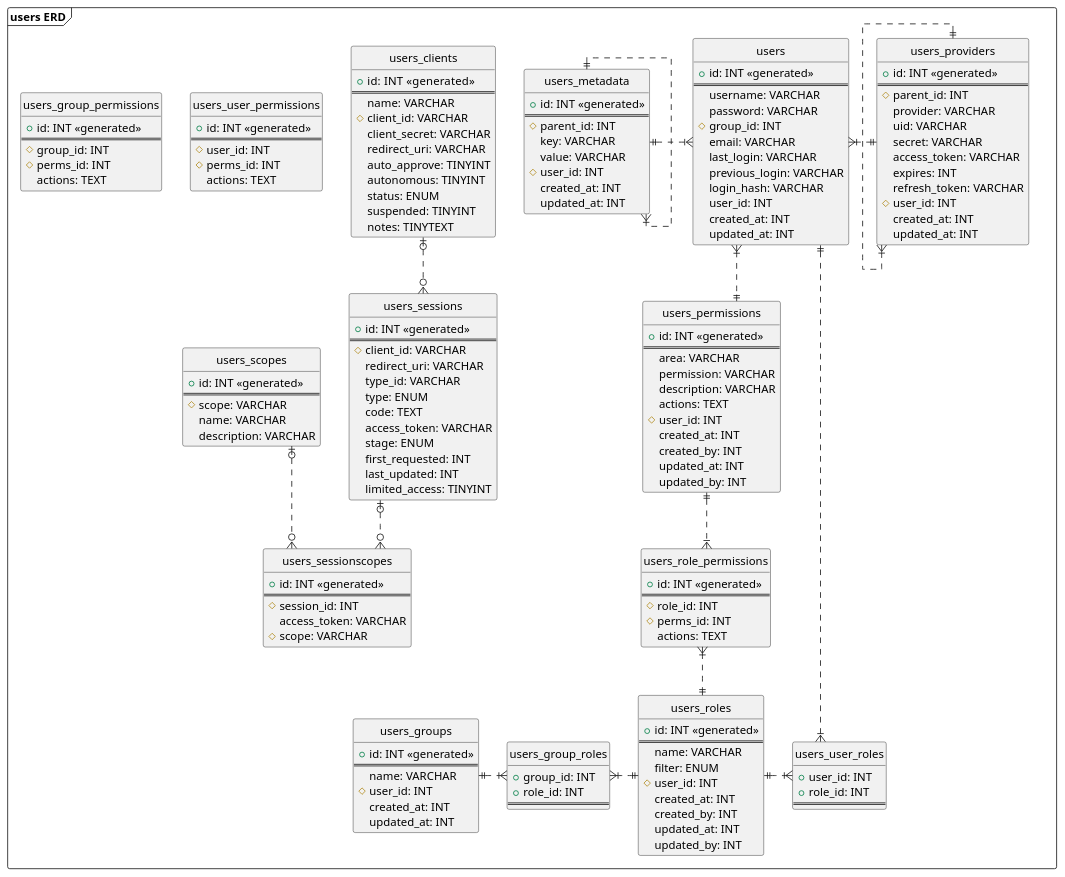
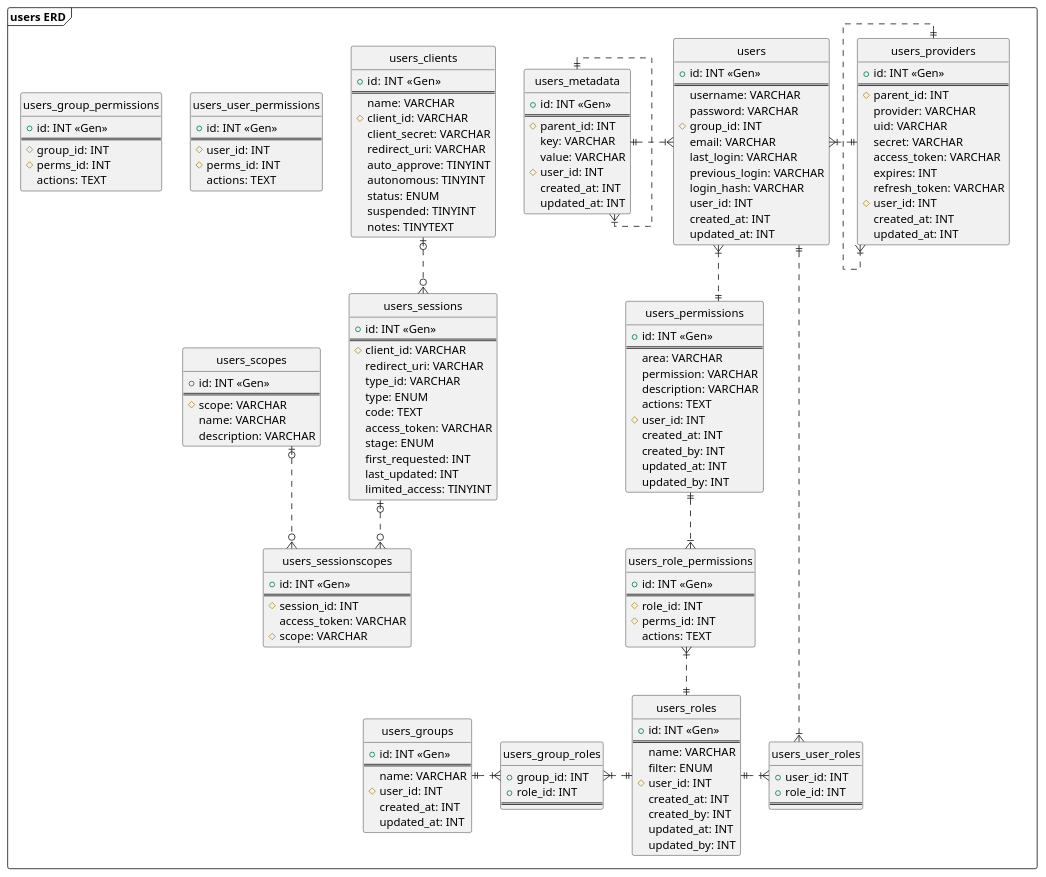
Before and after one commit to kim-yuchul-okan/subsystem-erd: the diagram in subsystem/users_erd.pu, drawn with PlantUML. The commit also changed 13 other files, not shown here.

```diff
--- a/subsystem/users_erd.pu
+++ b/subsystem/users_erd.pu
@@ -1,168 +1,168 @@
 @startuml
 
 ' hide the spot
 hide circle
 
 ' avoid problems with angled crows feet
 skinparam linetype ortho
 
 frame "users ERD" {
   entity "users_clients" {
-    + id: INT  <<generated>>
+    + id: INT  <<Gen>>
     ==
     name: VARCHAR
     # client_id: VARCHAR
     client_secret: VARCHAR
     redirect_uri: VARCHAR
     auto_approve: TINYINT
     autonomous: TINYINT
     status: ENUM
     suspended: TINYINT
     notes: TINYTEXT
   }
   entity "users_sessions" {
-    + id: INT <<generated>>
+    + id: INT <<Gen>>
     ==
     # client_id: VARCHAR
     redirect_uri: VARCHAR
     type_id: VARCHAR
     type: ENUM
     code: TEXT
     access_token: VARCHAR
     stage: ENUM
     first_requested: INT
     last_updated: INT
     limited_access: TINYINT
   }
   entity "users_sessionscopes" {
-    + id: INT <<generated>>
+    + id: INT <<Gen>>
     ==
     # session_id: INT
     access_token: VARCHAR
     # scope: VARCHAR
   }
   entity "users_scopes" {
-    + id: INT <<generated>>
+    + id: INT <<Gen>>
     ==
     # scope: VARCHAR
     name: VARCHAR
     description: VARCHAR
   }
   users_clients |o.d.o{  users_sessions
   users_sessions |o.d.o{  users_sessionscopes
   users_scopes |o.d.o{  users_sessionscopes
   entity "users_user_roles" {
     + user_id: INT
     + role_id: INT
     ==
   }
   entity "users_permissions" {
-    + id: INT <<generated>>
+    + id: INT <<Gen>>
     ==
     area: VARCHAR
     permission: VARCHAR
     description: VARCHAR
     actions: TEXT
     # user_id: INT
     created_at: INT
     created_by: INT
     updated_at: INT
     updated_by: INT
   }
   entity "users_metadata" {
-    + id: INT <<generated>>
+    + id: INT <<Gen>>
     ==
     # parent_id: INT
     key: VARCHAR
     value: VARCHAR
     # user_id: INT
     created_at: INT
     updated_at: INT
   }
   entity "users_providers" {
-    + id: INT <<generated>>
+    + id: INT <<Gen>>
     ==
     # parent_id: INT
     provider: VARCHAR
     uid: VARCHAR
     secret: VARCHAR
     access_token: VARCHAR
     expires: INT
     refresh_token: VARCHAR
     # user_id: INT
     created_at: INT
     updated_at: INT
   }
   entity "users_group_roles" {
     + group_id: INT
     + role_id: INT
     ==
   }
   entity "users_role_permissions" {
-    + id: INT <<generated>>
+    + id: INT <<Gen>>
     ==
     # role_id: INT
     # perms_id: INT
     actions: TEXT
   }
   entity "users_roles" {
-    + id: INT <<generated>>
+    + id: INT <<Gen>>
     ==
     name: VARCHAR
     filter: ENUM
     # user_id: INT
     created_at: INT
     created_by: INT
     updated_at: INT
     updated_by: INT
   }
   entity "users_groups" {
-    + id: INT <<generated>>
+    + id: INT <<Gen>>
     ==
     name: VARCHAR
     # user_id: INT
     created_at: INT
     updated_at: INT
   }
   entity "users" {
-    + id: INT <<generated>>
+    + id: INT <<Gen>>
     ==
     username: VARCHAR
     password: VARCHAR
     # group_id: INT
     email: VARCHAR
     last_login: VARCHAR
     previous_login: VARCHAR
     login_hash: VARCHAR
     user_id: INT
     created_at: INT
     updated_at: INT
   }
   users }|.l.|| users_metadata
   users }|.r.|| users_providers
   users }|.d.|| users_permissions
   users ||..|{ users_user_roles
   users_roles ||.r.|{ users_user_roles
   users_roles ||.l.|{ users_group_roles
   users_group_roles }|.l.|| users_groups
   users_metadata ||..|{ users_metadata
   users_providers ||..|{ users_providers
   users_role_permissions }|..|| users_roles
   users_permissions ||.d.|{ users_role_permissions
   entity "users_user_permissions" {
-    + id: INT <<generated>>
+    + id: INT <<Gen>>
     ==
     # user_id: INT
     # perms_id: INT
     actions: TEXT
   }
   entity "users_group_permissions" {
-    + id: INT <<generated>>
+    + id: INT <<Gen>>
     ==
     # group_id: INT
     # perms_id: INT
     actions: TEXT
   }
 }
 
 @enduml
```
